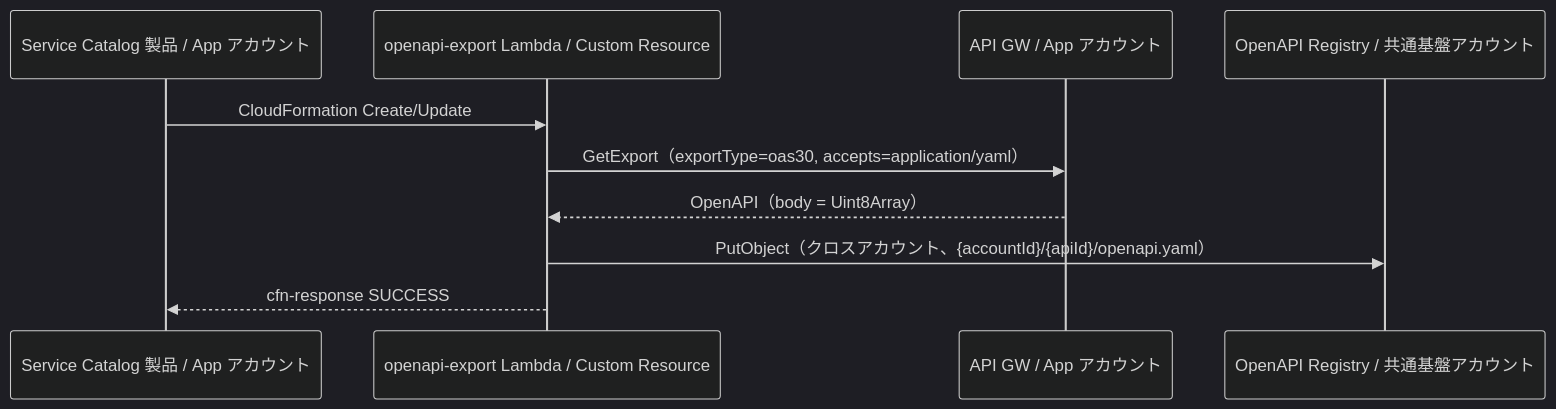
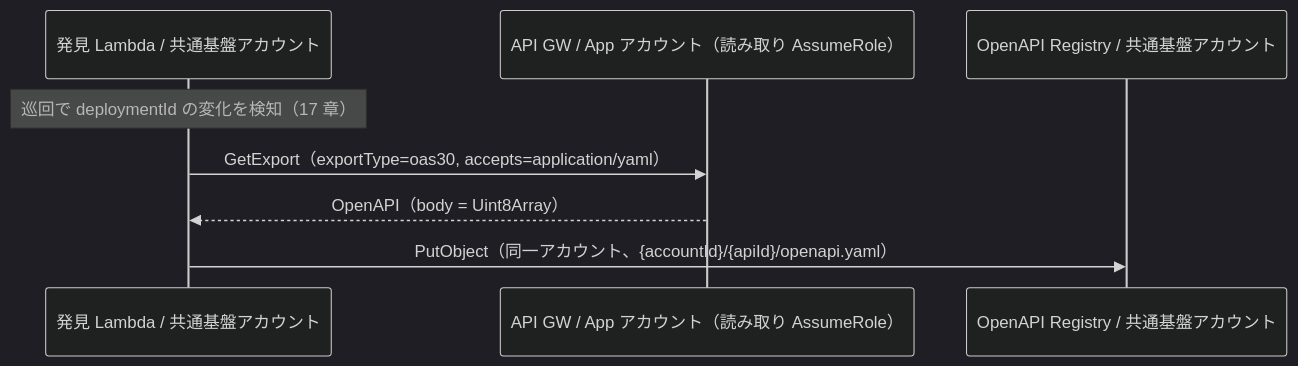
Before and after one commit to suepie/aws-atuh-poc: the diagram in doc/api-platform/basic-design/13-openapi-registry-design.md, drawn with Mermaid (dark theme). The commit also changed other lines of this file and 12 other files, not shown here.

````diff
--- a/doc/api-platform/basic-design/13-openapi-registry-design.md
+++ b/doc/api-platform/basic-design/13-openapi-registry-design.md
@@ -35,13 +35,11 @@
 ```mermaid
 sequenceDiagram
-    participant SC as Service Catalog 製品 / App アカウント
-    participant CR as openapi-export Lambda / Custom Resource
-    participant AGW as API GW / App アカウント
+    participant DISC as 発見 Lambda / 共通基盤アカウント
+    participant AGW as API GW / App アカウント（読み取り AssumeRole）
     participant S3 as OpenAPI Registry / 共通基盤アカウント
 
-    SC->>CR: CloudFormation Create/Update
-    CR->>AGW: GetExport（exportType=oas30, accepts=application/yaml）
-    AGW-->>CR: OpenAPI（body = Uint8Array）
-    CR->>S3: PutObject（クロスアカウント、{accountId}/{apiId}/openapi.yaml）
-    CR-->>SC: cfn-response SUCCESS
+    Note over DISC: 巡回で deploymentId の変化を検知（17 章）
+    DISC->>AGW: GetExport（exportType=oas30, accepts=application/yaml）
+    AGW-->>DISC: OpenAPI（body = Uint8Array）
+    DISC->>S3: PutObject（同一アカウント、{accountId}/{apiId}/openapi.yaml）
 ```
````
